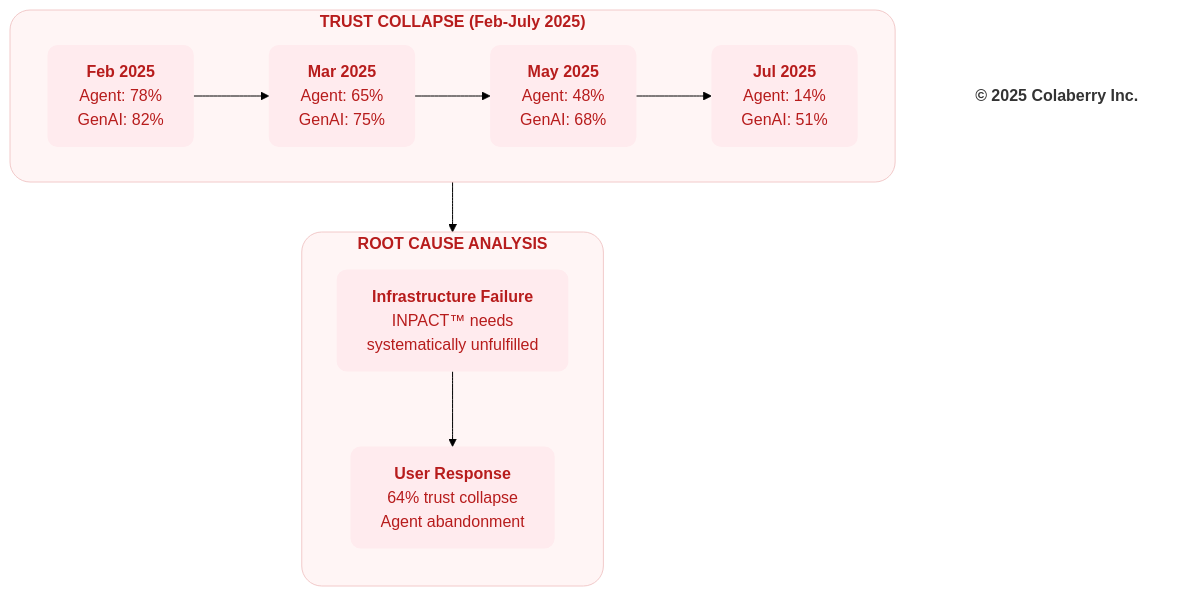
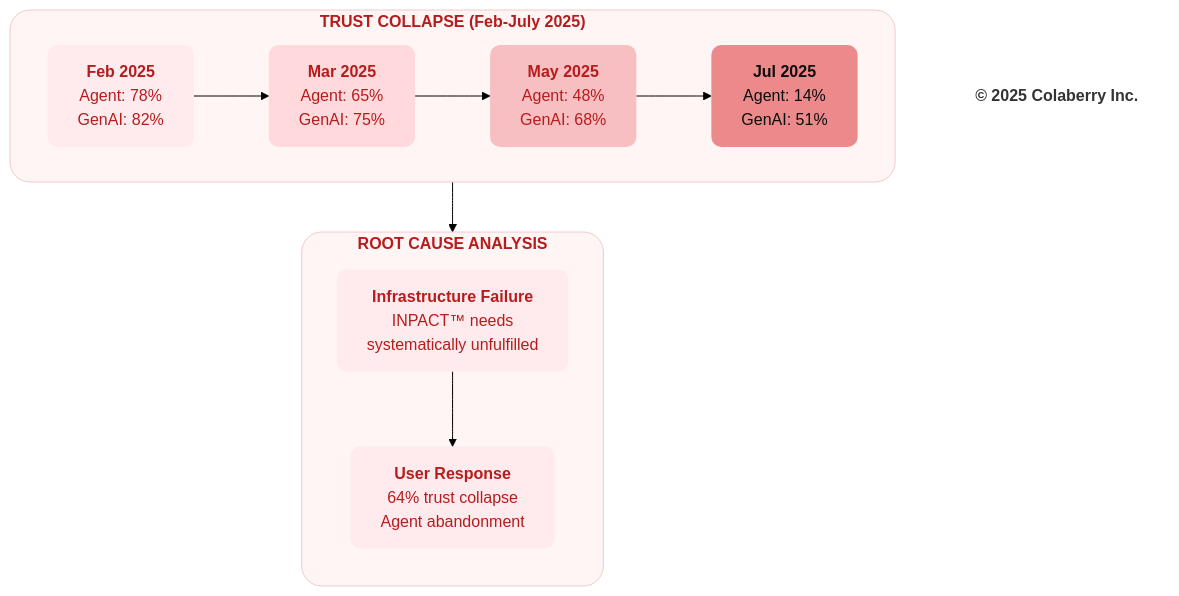
One commit to saitejesh-cyber/trust-before-intelligence-book changed the diagram in mermaid-source/figure-1-1.mmd. Above: the diagram before and after it, drawn with Mermaid (forest theme). The commit also changed 6 other files, not shown here.

Commit message:
Fix Ram feedback on core Chapter 0-2 palette diagrams

```diff
--- a/mermaid-source/figure-1-1.mmd
+++ b/mermaid-source/figure-1-1.mmd
@@ -1,41 +1,39 @@
 graph TB
     subgraph timeline["<b>TRUST COLLAPSE (Feb-July 2025)</b>"]
         direction LR
         
         FEB["<b>Feb 2025</b><br/>Agent: 78%<br/>GenAI: 82%"]
         
         MAR["<b>Mar 2025</b><br/>Agent: 65%<br/>GenAI: 75%"]
         
         MAY["<b>May 2025</b><br/>Agent: 48%<br/>GenAI: 68%"]
         
         JUL["<b>Jul 2025</b><br/>Agent: 14%<br/>GenAI: 51%"]
         
         FEB --> MAR --> MAY --> JUL
     end
     
     subgraph analysis["<b>ROOT CAUSE ANALYSIS</b>"]
         direction TB
         
         CAUSE["<b>Infrastructure Failure</b><br/>INPACT™ needs<br/>systematically unfulfilled"]
         
         RESULT["<b>User Response</b><br/>64% trust collapse<br/>Agent abandonment"]
         
         CAUSE --> RESULT
     end
     
     timeline --> analysis
 
-    %% TIMELINE — FAILURE / BI-ERA
     style timeline fill:#fff5f5,stroke:#f2caca,stroke-width:1px,color:#b71c1c,rx:20,ry:20
     style FEB fill:#ffebee,stroke:none,color:#b71c1c,rx:10,ry:10
-    style MAR fill:#ffebee,stroke:none,color:#b71c1c,rx:10,ry:10
-    style MAY fill:#ffebee,stroke:none,color:#b71c1c,rx:10,ry:10
-    style JUL fill:#ffebee,stroke:none,color:#b71c1c,rx:10,ry:10
+    style MAR fill:#ffd9db,stroke:none,color:#b71c1c,rx:10,ry:10
+    style MAY fill:#f7bfc2,stroke:none,color:#b71c1c,rx:10,ry:10
+    style JUL fill:#eb898b,stroke:none,color:#0D0D0D,rx:10,ry:10
 
-    %% ANALYSIS — FAILURE CONTEXT
     style analysis fill:#fff5f5,stroke:#f2caca,stroke-width:1px,color:#b71c1c,rx:20,ry:20
     style CAUSE fill:#ffebee,stroke:none,color:#b71c1c,rx:10,ry:10
     style RESULT fill:#ffebee,stroke:none,color:#b71c1c,rx:10,ry:10
 
     Copyright["<b>© 2025 Colaberry Inc.</b>"]
     style Copyright fill:none,stroke:none,color:#333333
```
